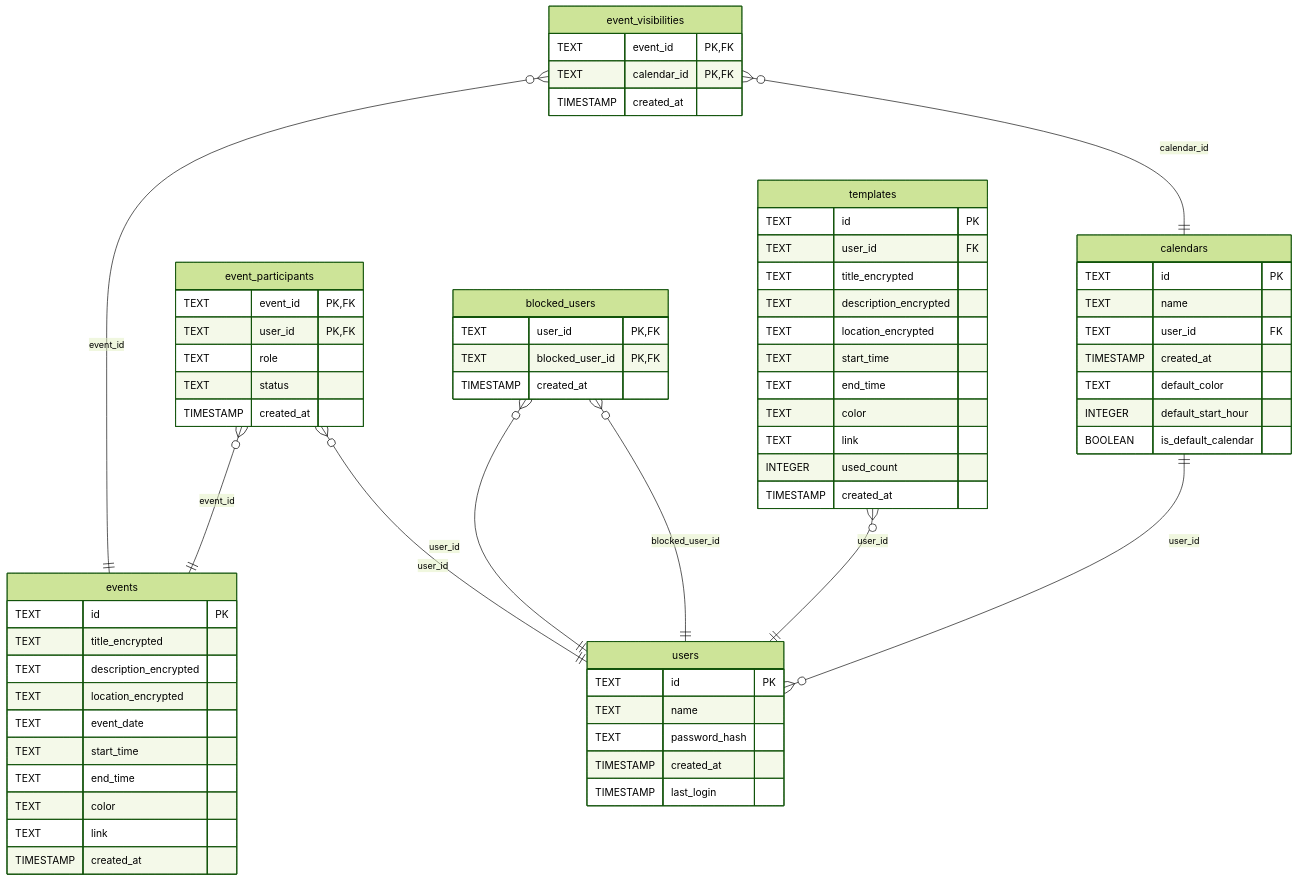
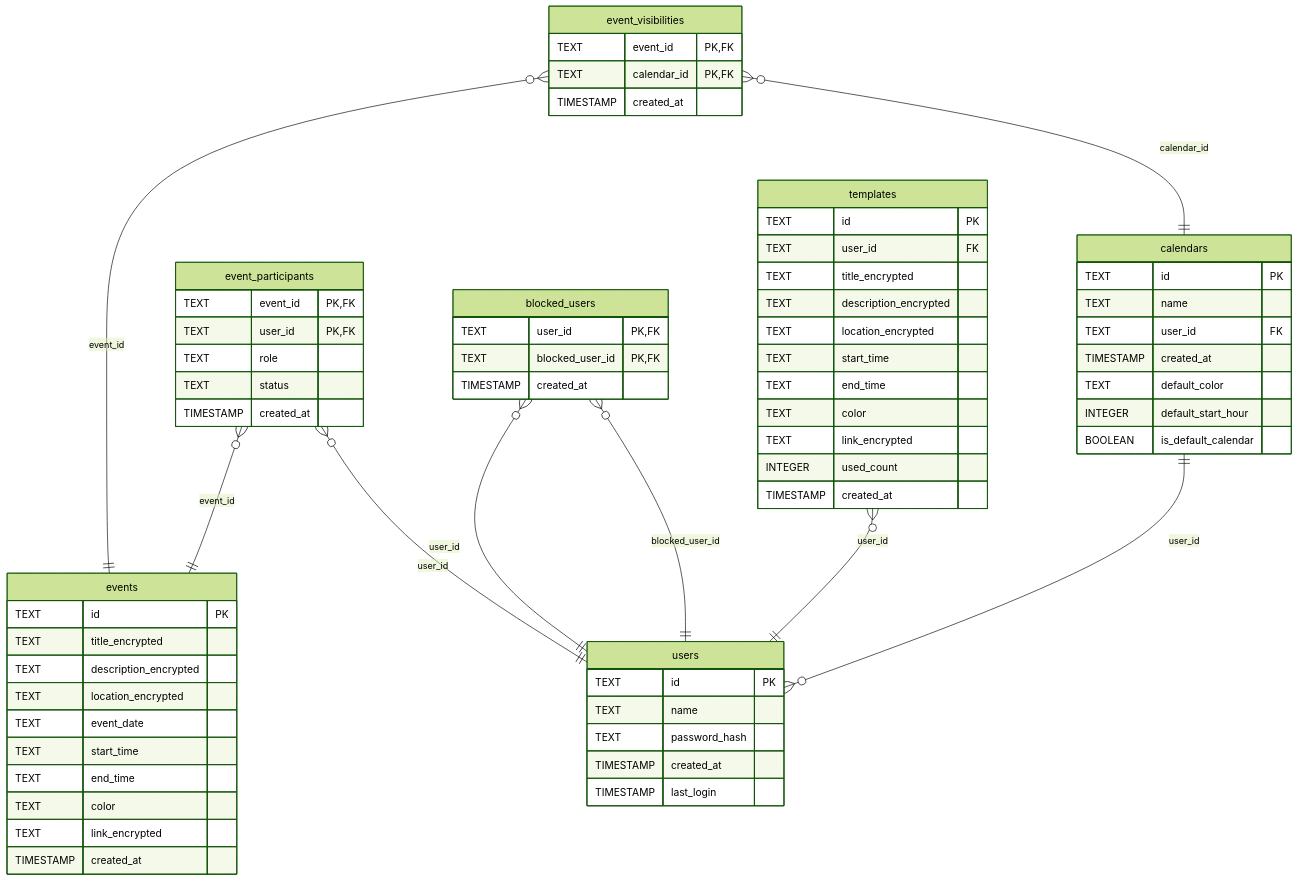
The diagram in README.md (ScriptRaccoon/svalendar), drawn with Mermaid (forest theme) before and after one commit. The commit also changed other lines of this file and 9 other files, not shown here.

````diff
--- a/README.md
+++ b/README.md
@@ -32,69 +33,69 @@
 ```mermaid
 erDiagram
   users {
     TEXT id PK
     TEXT name
     TEXT password_hash
     TIMESTAMP created_at
     TIMESTAMP last_login
   }
   calendars {
     TEXT id PK
     TEXT name
     TEXT user_id FK
     TIMESTAMP created_at
     TEXT default_color
     INTEGER default_start_hour
     BOOLEAN is_default_calendar
   }
   calendars ||--o{ users : "user_id"
   events {
     TEXT id PK
     TEXT title_encrypted
     TEXT description_encrypted
     TEXT location_encrypted
     TEXT event_date
     TEXT start_time
     TEXT end_time
     TEXT color
-    TEXT link
+    TEXT link_encrypted
     TIMESTAMP created_at
   }
   event_visibilities {
     TEXT event_id PK, FK
     TEXT calendar_id PK, FK
     TIMESTAMP created_at
   }
   event_visibilities }o--|| events : "event_id"
   event_visibilities }o--|| calendars : "calendar_id"
   event_participants {
     TEXT event_id PK, FK
     TEXT user_id PK, FK
     TEXT role
     TEXT status
     TIMESTAMP created_at
   }
   event_participants }o--|| events : "event_id"
   event_participants }o--|| users : "user_id"
   blocked_users {
     TEXT user_id PK, FK
     TEXT blocked_user_id PK, FK
     TIMESTAMP created_at
   }
   blocked_users }o--|| users : "user_id"
   blocked_users }o--|| users : "blocked_user_id"
   templates {
     TEXT id PK
     TEXT user_id FK
     TEXT title_encrypted
     TEXT description_encrypted
     TEXT location_encrypted
     TEXT start_time
     TEXT end_time
     TEXT color
-    TEXT link
+    TEXT link_encrypted
     INTEGER used_count
     TIMESTAMP created_at
   }
   templates }o--|| users : "user_id"
 ```
````
